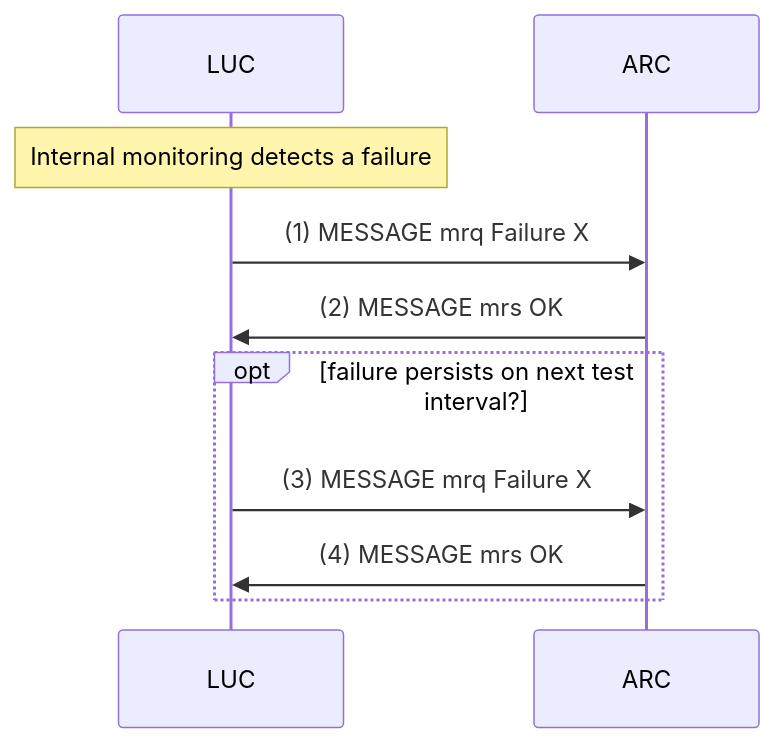
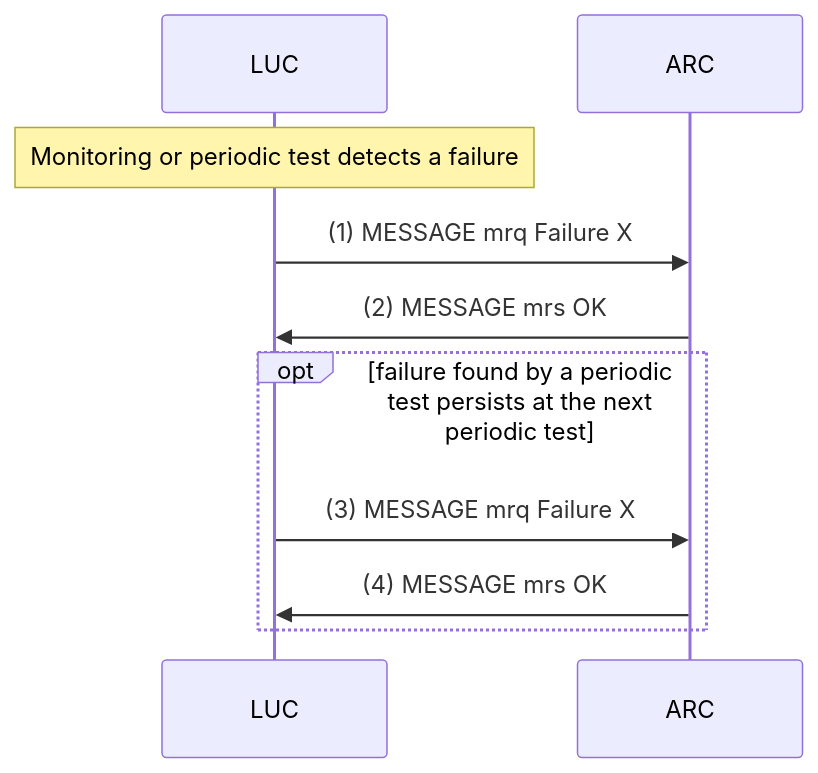
Before and after one commit to Telegartner-Elektronik/LACS-Protocol: the sixth of 12 diagrams in LACS-usecases.md, drawn with Mermaid. The commit also changed other lines of this file and 10 other files, not shown here.

````diff
--- a/LACS-usecases.md
+++ b/LACS-usecases.md
@@ -686,15 +880,15 @@
 ```mermaid
 sequenceDiagram
     participant LUC
     participant ARC
 
-    Note over LUC: Internal monitoring detects a failure
+    Note over LUC: Monitoring or periodic test detects a failure
 
     LUC->>ARC: (1) MESSAGE mrq Failure X
     ARC->>LUC: (2) MESSAGE mrs OK
 
-    opt failure persists on next test interval?
+    opt failure found by a periodic test persists at the next periodic test
         LUC->>ARC: (3) MESSAGE mrq Failure X
         ARC->>LUC: (4) MESSAGE mrs OK
     end
 ```
````
